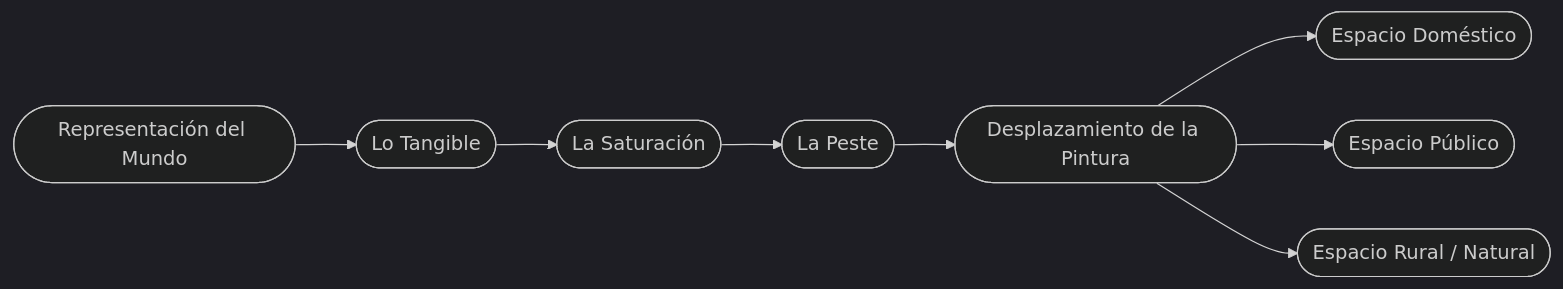
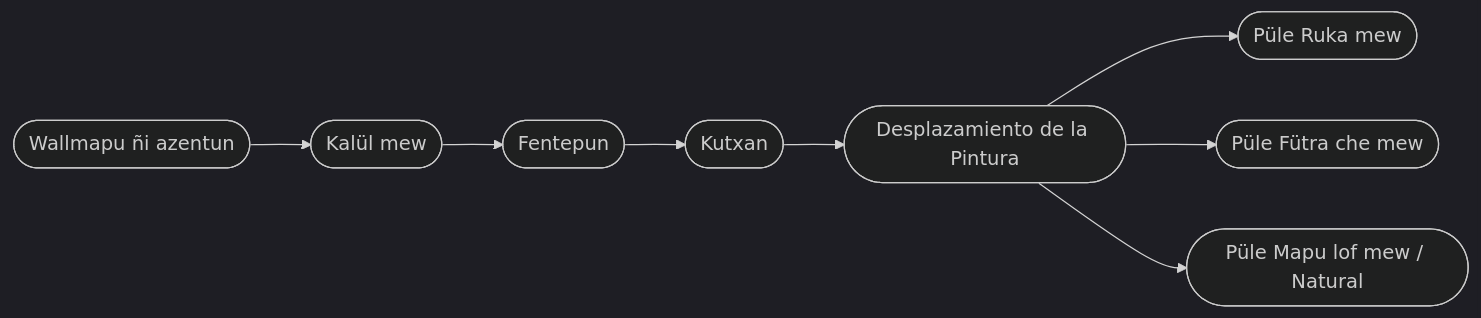
The diagram in MPD/desplazamiento-pintura.md (EGGS-Artesvisuales/EGGS-Artesvisuales.github.io), drawn with Mermaid (dark theme) before and after one commit. The commit also changed other lines of this file and 43 other files, not shown here.

```diff
--- a/MPD/desplazamiento-pintura.md
+++ b/MPD/desplazamiento-pintura.md
@@ -29,32 +29,32 @@
 <div class="mermaid">
 graph LR
-  Z([Representación del Mundo])
-  Y([Lo Tangible])
-  A([La Saturación])
-  B([La Peste])
+  Z([Wallmapu ñi azentun])
+  Y([Kalül mew])
+  A([Fentepun])
+  B([Kutxan])
   F([Desplazamiento de la Pintura])
 
-  F1([Espacio Doméstico])
-  F2([Espacio Público])
-  F3([Espacio Rural / Natural])
+  F1([Püle Ruka mew])
+  F2([Püle Fütra che mew])
+  F3([Püle Mapu lof mew / Natural])
 
   Z --> Y
   Y --> A
   A --> B
   B --> F
 
   F --> F1
   F --> F2
   F --> F3
 
   %% Enlaces (existentes)
-  click Z "/MPD/mundo-exterior.html" "Ver Representación del Mundo"
-  click Y "/MPD/tangible.html" "Ver Lo Tangible"
-  click A "/MPD/saturacion.html" "Ver La Saturación"
-  click B "/MPD/la-peste.html" "Ver La Peste"
+  click Z "/MPD/mundo-exterior.html" "Ver Wallmapu ñi azentun"
+  click Y "/MPD/tangible.html" "Ver Kalül mew"
+  click A "/MPD/saturacion.html" "Ver Fentepun"
+  click B "/MPD/la-peste.html" "Ver Kutxan"
   click F "/MPD/desplazamiento-pintura.html" "Ir a Desplazamiento de la Pintura"
-  click F1 "/MPD/espacio-domestico.html" "Ir a Espacio Doméstico"
-  click F2 "/MPD/espacio-publico.html" "Ir a Espacio Público"
-  click F3 "/MPD/espacio-rural.html" "Ir a Espacio Rural / Natural"
+  click F1 "/MPD/espacio-domestico.html" "Ir a Püle Ruka mew"
+  click F2 "/MPD/espacio-publico.html" "Ir a Püle Fütra che mew"
+  click F3 "/MPD/espacio-rural.html" "Ir a Püle Mapu lof mew / Natural"
 
 </div>
```
